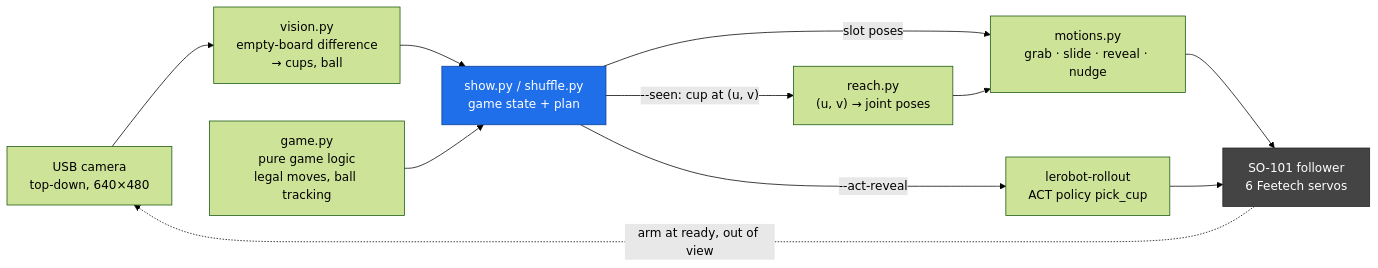
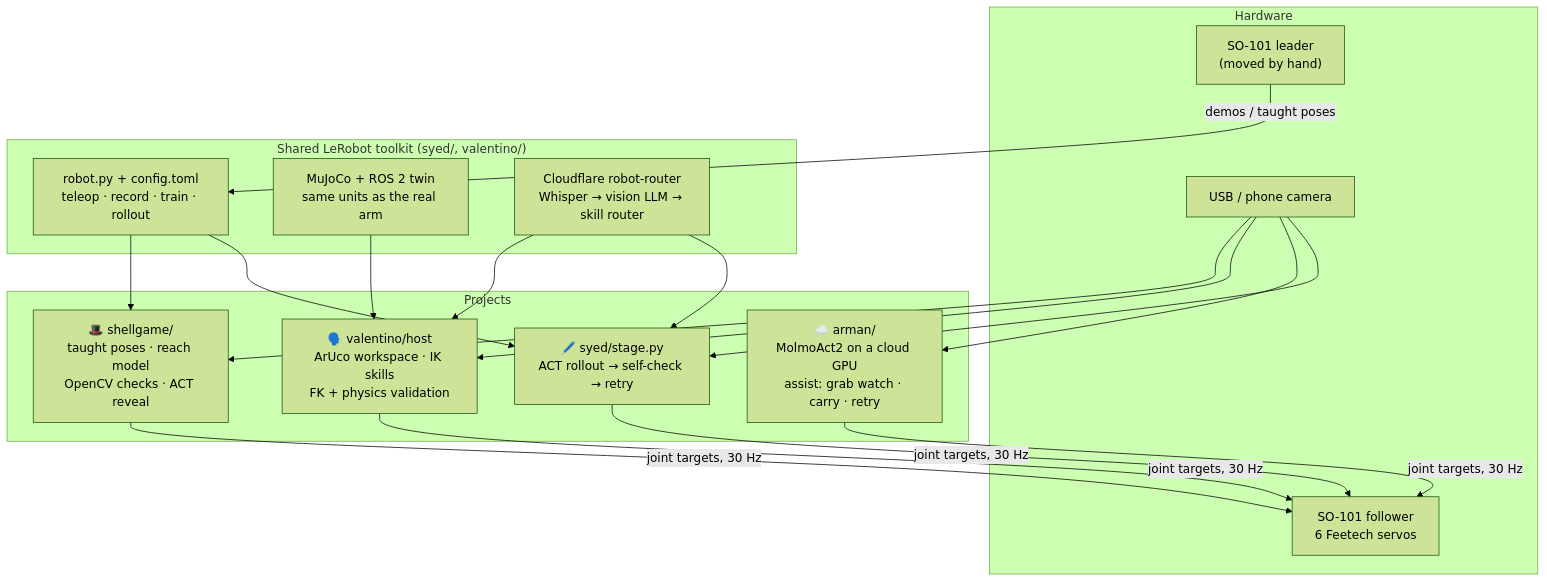
The first of 2 diagrams in README.md (ValGSgit/AustrianStartupsHackathon---HickHack), drawn with Mermaid (forest theme) before and after one commit. The commit also changed other lines of this file, not shown here.

First line of the commit message:
README: front page for the whole repo (all three approaches + shell game)

````diff
--- a/README.md
+++ b/README.md
@@ -50,16 +50,28 @@
 ```mermaid
-flowchart LR
-    CAM["USB camera<br/>top-down, 640×480"] --> V["vision.py<br/>empty-board difference<br/>→ cups, ball"]
-    V --> P["show.py / shuffle.py<br/>game state + plan"]
-    G["game.py<br/>pure game logic<br/>legal moves, ball tracking"] --> P
-    P -->|"slot poses"| M["motions.py<br/>grab · slide · reveal · nudge"]
-    P -->|"--seen: cup at (u, v)"| R["reach.py<br/>(u, v) → joint poses"]
-    R --> M
-    M --> ARM["SO-101 follower<br/>6 Feetech servos"]
-    P -->|"--act-reveal"| ACT["lerobot-rollout<br/>ACT policy pick_cup"]
-    ACT --> ARM
-    ARM -. "arm at ready, out of view" .-> CAM
+flowchart TB
+    subgraph HW["Hardware"]
+        LEAD["SO-101 leader<br/>(moved by hand)"]
+        ARM["SO-101 follower<br/>6 Feetech servos"]
+        CAM["USB / phone camera"]
+    end
 
-    style P fill:#1f6feb,stroke:#0b3d91,color:#fff
-    style ARM fill:#444,stroke:#222,color:#fff
+    subgraph BASE["Shared LeRobot toolkit (syed/, valentino/)"]
+        ROBOT["robot.py + config.toml<br/>teleop · record · train · rollout"]
+        SIM["MuJoCo + ROS 2 twin<br/>same units as the real arm"]
+        ROUTER["Cloudflare robot-router<br/>Whisper → vision LLM → skill router"]
+    end
+
+    subgraph APPS["Projects"]
+        SG["🎩 shellgame/<br/>taught poses · reach model<br/>OpenCV checks · ACT reveal"]
+        LS["🗣️ valentino/host<br/>ArUco workspace · IK skills<br/>FK + physics validation"]
+        VLA["☁️ arman/<br/>MolmoAct2 on a cloud GPU<br/>assist: grab watch · carry · retry"]
+        PEN["🖊️ syed/stage.py<br/>ACT rollout → self-check → retry"]
+    end
+
+    LEAD -- "demos / taught poses" --> ROBOT
+    ROBOT --> SG & PEN
+    ROUTER --> LS & PEN
+    SIM --> LS
+    CAM --> SG & LS & VLA & PEN
+    SG & LS & VLA & PEN -- "joint targets, 30 Hz" --> ARM
 ```
````
